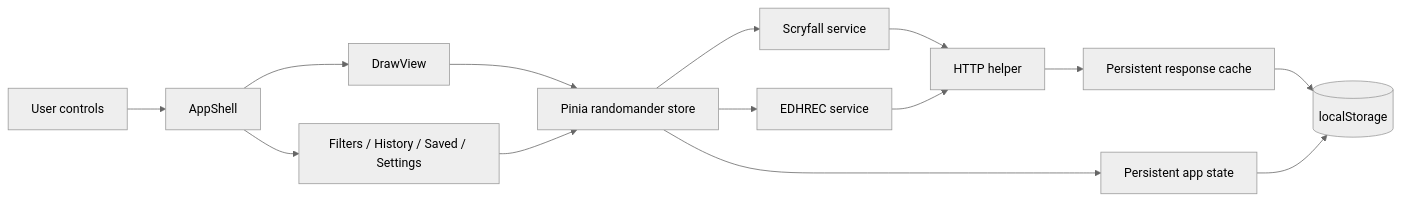
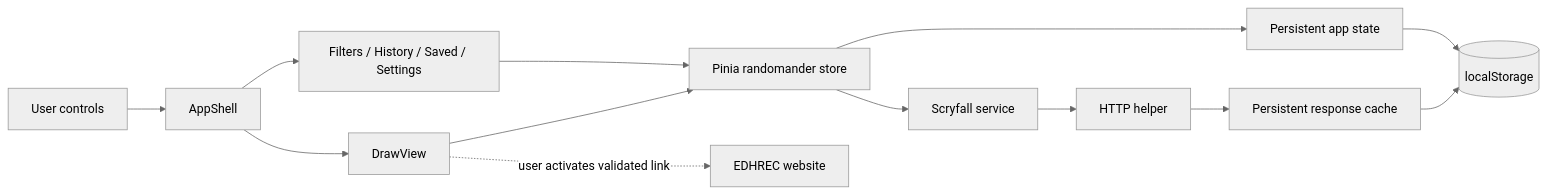
The first of 2 diagrams in docs/architecture.md (kmcgarry1/randomander), drawn with Mermaid (neutral theme) before and after one commit. The commit also changed other lines of this file and 46 other files, not shown here.

````diff
--- a/docs/architecture.md
+++ b/docs/architecture.md
@@ -11,16 +11,15 @@
 ```mermaid
 flowchart LR
     User[User controls] --> Shell[AppShell]
     Shell --> Draw[DrawView]
     Shell --> Panels[Filters / History / Saved / Settings]
     Draw --> Store[Pinia randomander store]
     Panels --> Store
     Store --> Scryfall[Scryfall service]
-    Store --> EDHREC[EDHREC service]
     Scryfall --> HTTP[HTTP helper]
-    EDHREC --> HTTP
     HTTP --> Cache[Persistent response cache]
     Store --> State[Persistent app state]
     Cache --> Browser[(localStorage)]
     State --> Browser
+    Draw -. user activates validated link .-> EDHREC[EDHREC website]
 ```
````
